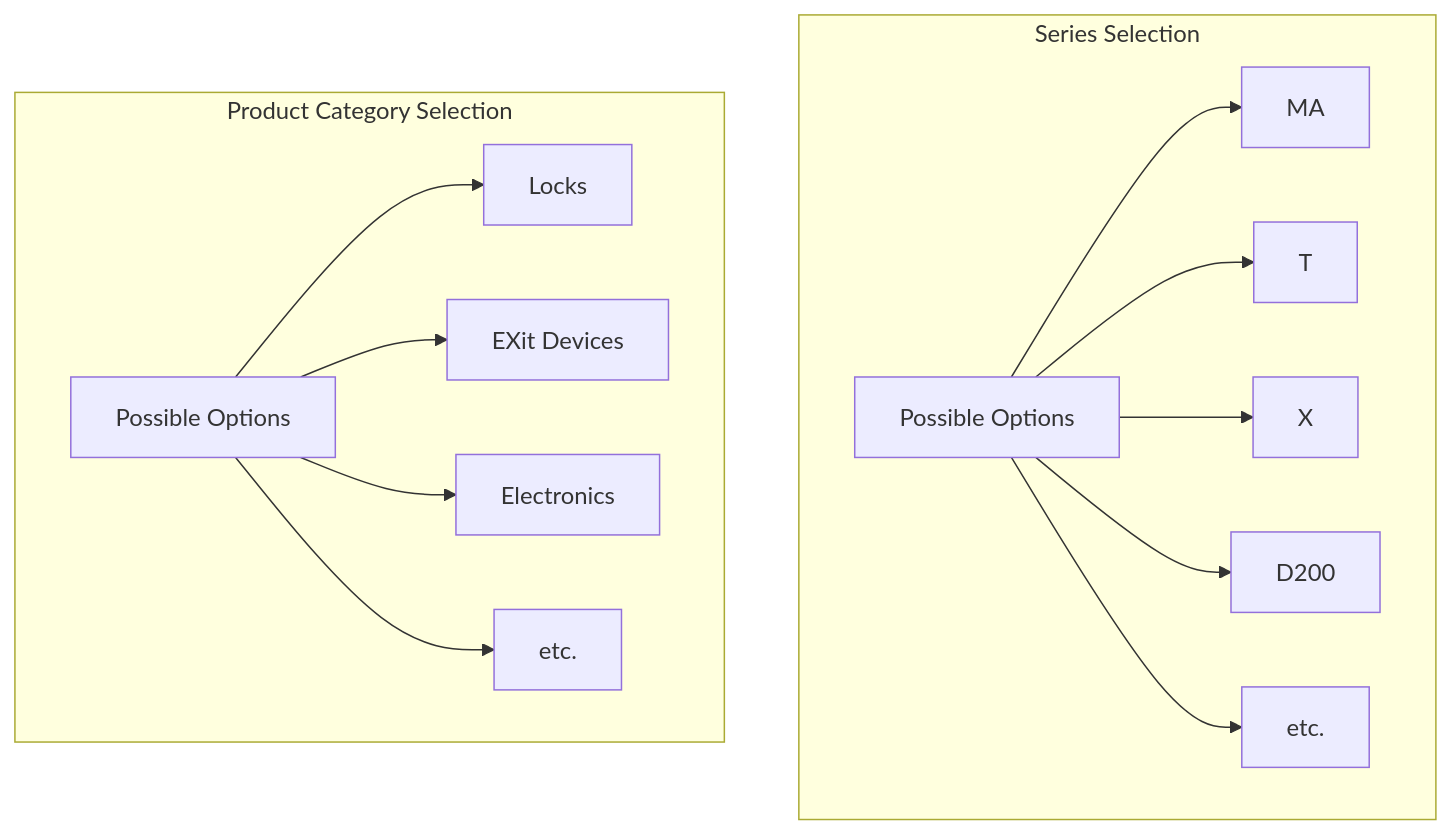
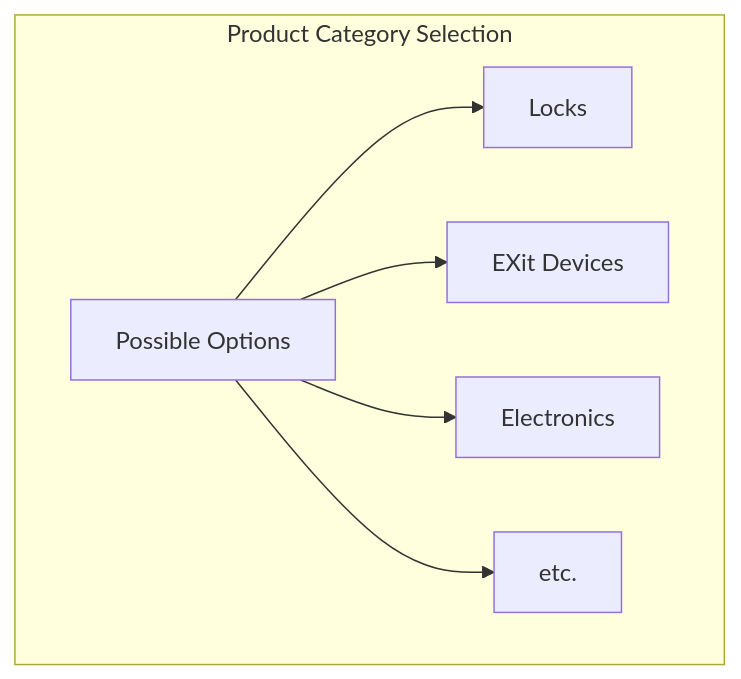
One commit to alokdas81/diamond-pricebook-diagram changed the fifth of 13 diagrams in README.md. Above: the diagram before and after it, drawn with Mermaid.

Commit message:
readme updated

````diff
--- a/README.md
+++ b/README.md
@@ -348,33 +345,18 @@
 ```mermaid
 flowchart TD
 
-
-subgraph Series Selection
-G[Possible Options]
-MA
-T
-X
-D200
-J[etc.]
-end
 
 subgraph Product Category Selection
 A[Possible Options]
 B[Locks]
 D[EXit Devices]
 E[Electronics]
 F[etc.]
 end
 
+
 A --> B
 A --> D
 A --> E
 A --> F
-
-G --> MA
-G --> T
-G --> X
-G --> D200
-G --> J
-
 ```
````
